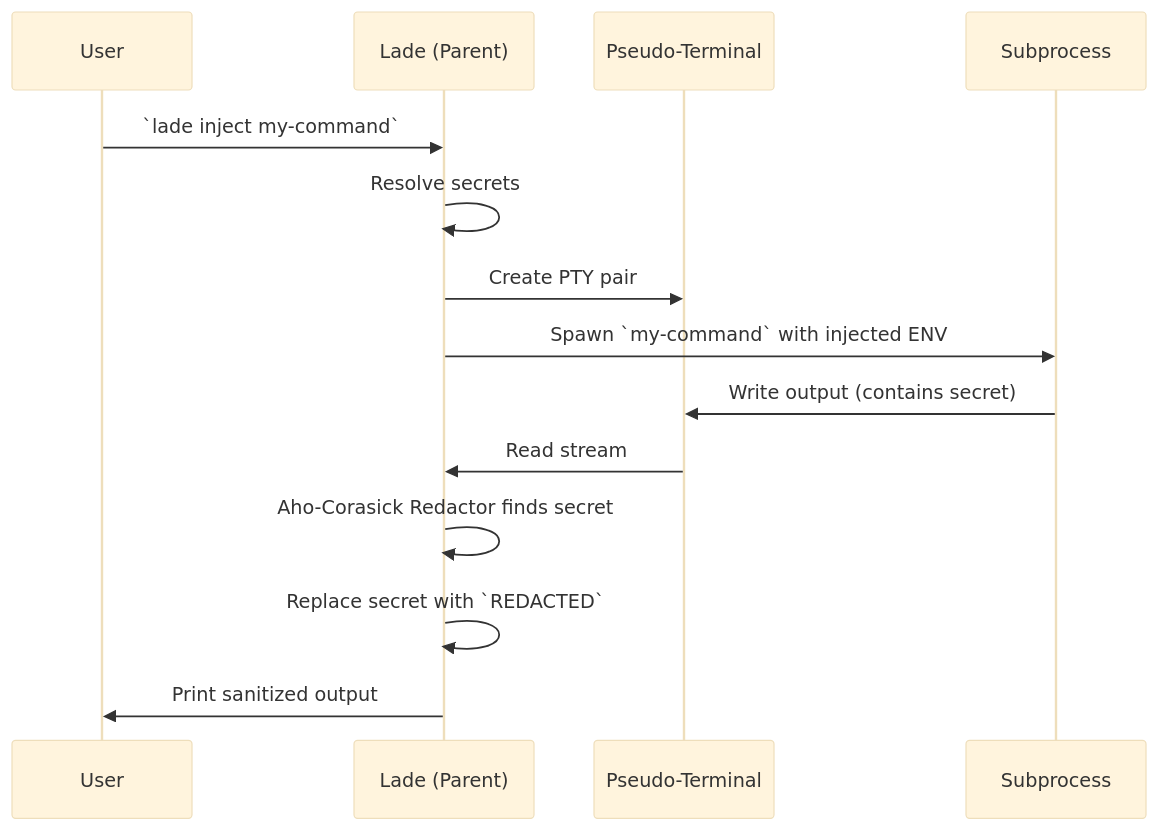
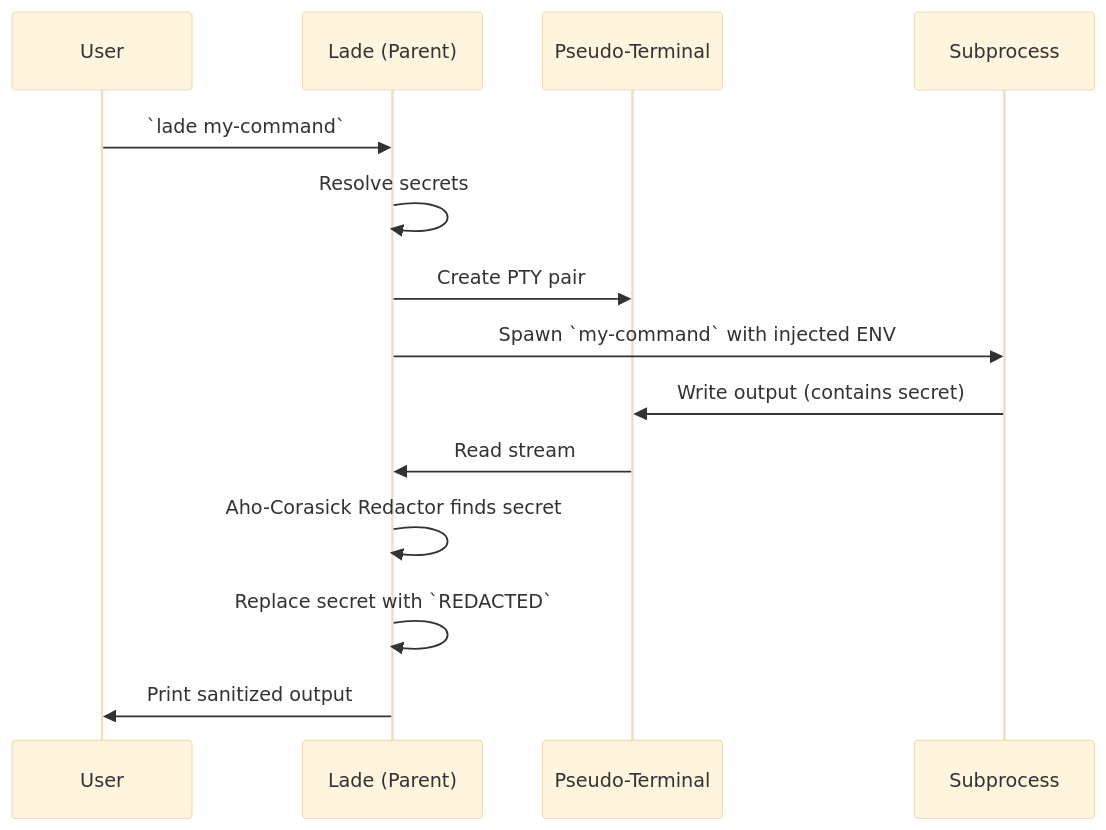
Before and after one commit to zifeo/lade: the third of 4 diagrams in docs/architecture.md, drawn with Mermaid (base theme). The commit also changed other lines of this file and 51 other files, not shown here.

````diff
--- a/docs/architecture.md
+++ b/docs/architecture.md
@@ -65,20 +65,20 @@
 ```mermaid
 sequenceDiagram
     participant User
     participant Lade as Lade (Parent)
     participant PTY as Pseudo-Terminal
     participant Child as Subprocess
 
-    User->>Lade: `lade inject my-command`
+    User->>Lade: `lade my-command`
     Lade->>Lade: Resolve secrets
     Lade->>PTY: Create PTY pair
     Lade->>Child: Spawn `my-command` with injected ENV
 
     Child->>PTY: Write output (contains secret)
     PTY->>Lade: Read stream
 
     Lade->>Lade: Aho-Corasick Redactor finds secret
     Lade->>Lade: Replace secret with `REDACTED`
 
     Lade->>User: Print sanitized output
 ```
````
